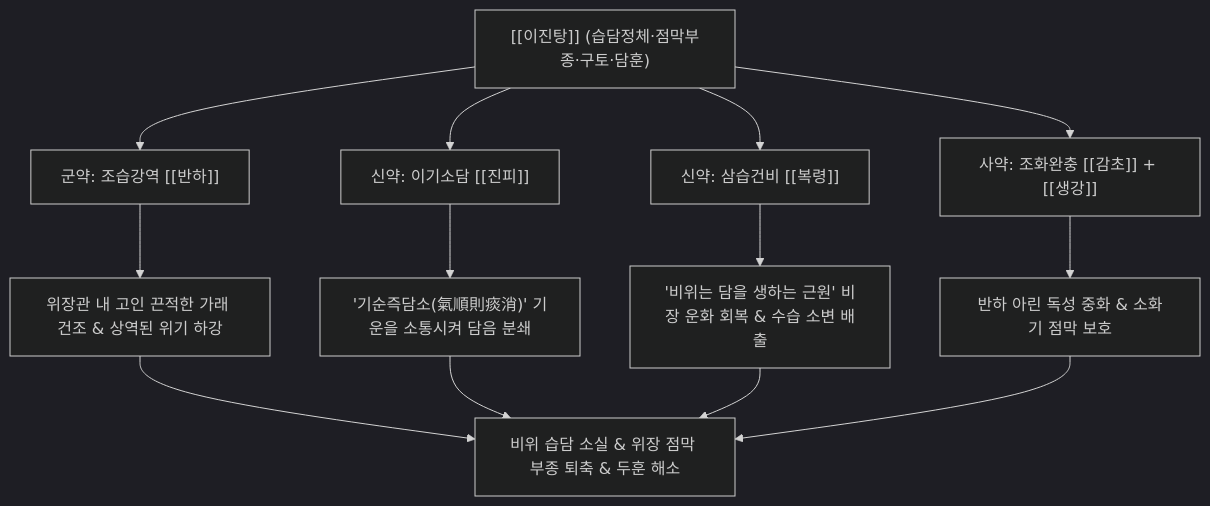
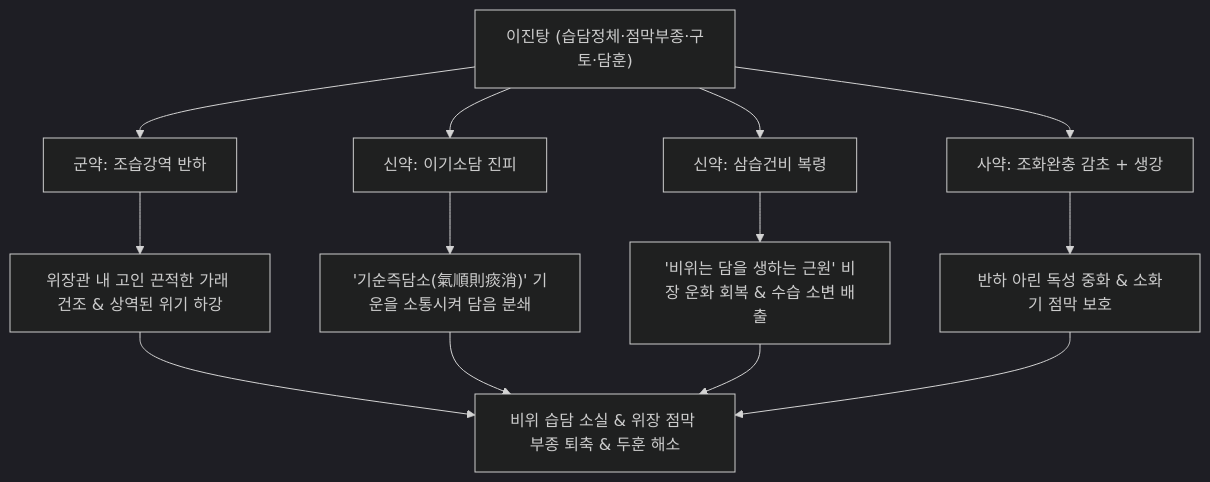
The diagram in content/2. 약리 공부/처방/03_화담·거습·이수제/이진탕.md (simbio11/simbio-digital-garden2), drawn with Mermaid (dark theme) before and after one commit. The commit also changed other lines of this file and 323 other files, not shown here.

````diff
--- a/content/2. 약리 공부/처방/03_화담·거습·이수제/이진탕.md
+++ b/content/2. 약리 공부/처방/03_화담·거습·이수제/이진탕.md
@@ -51,14 +51,14 @@
 ```mermaid
 graph TD
-    A["[[이진탕]] (습담정체·점막부종·구토·담훈)"] --> B["군약: 조습강역 [[반하]]"]
-    A --> C["신약: 이기소담 [[진피]]"]
-    A --> D["신약: 삼습건비 [[복령]]"]
-    A --> E["사약: 조화완충 [[감초]] + [[생강]]"]
+    A["이진탕 (습담정체·점막부종·구토·담훈)"] --> B["군약: 조습강역 반하"]
+    A --> C["신약: 이기소담 진피"]
+    A --> D["신약: 삼습건비 복령"]
+    A --> E["사약: 조화완충 감초 + 생강"]
 
     B --> F["위장관 내 고인 끈적한 가래 건조 & 상역된 위기 하강"]
     C --> G["'기순즉담소(氣順則痰消)' 기운을 소통시켜 담음 분쇄"]
     D --> H["'비위는 담을 생하는 근원' 비장 운화 회복 & 수습 소변 배출"]
     E --> I["반하 아린 독성 중화 & 소화기 점막 보호"]
 
     F & G & H & I --> J["비위 습담 소실 & 위장 점막 부종 퇴축 & 두훈 해소"]
 ```
````
